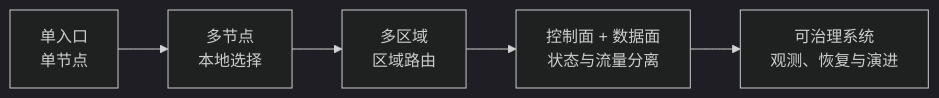
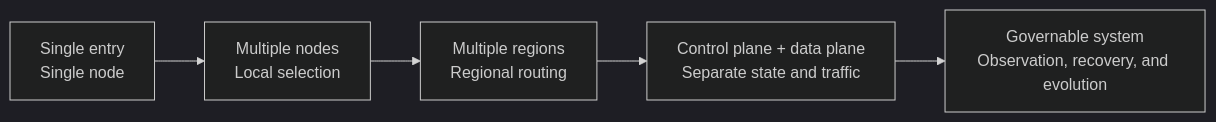
The first of 6 diagrams in src/content/writing/2026/08/distributed-architecture-is-state-ownership/en.md (Liyuk/liyuk.github.io), drawn with Mermaid (dark theme) before and after one commit. The commit also changed other lines of this file and 11 other files, not shown here.

````diff
--- a/src/content/writing/2026/08/distributed-architecture-is-state-ownership/en.md
+++ b/src/content/writing/2026/08/distributed-architecture-is-state-ownership/en.md
@@ -52,7 +53,7 @@
 ```mermaid
 flowchart LR
-    S[单入口<br/>单节点] --> N[多节点<br/>本地选择]
-    N --> R[多区域<br/>区域路由]
-    R --> C[控制面 + 数据面<br/>状态与流量分离]
-    C --> G[可治理系统<br/>观测、恢复与演进]
+    S[Single entry<br/>Single node] --> N[Multiple nodes<br/>Local selection]
+    N --> R[Multiple regions<br/>Regional routing]
+    R --> C[Control plane + data plane<br/>Separate state and traffic]
+    C --> G[Governable system<br/>Observation, recovery, and evolution]
 ```
````
